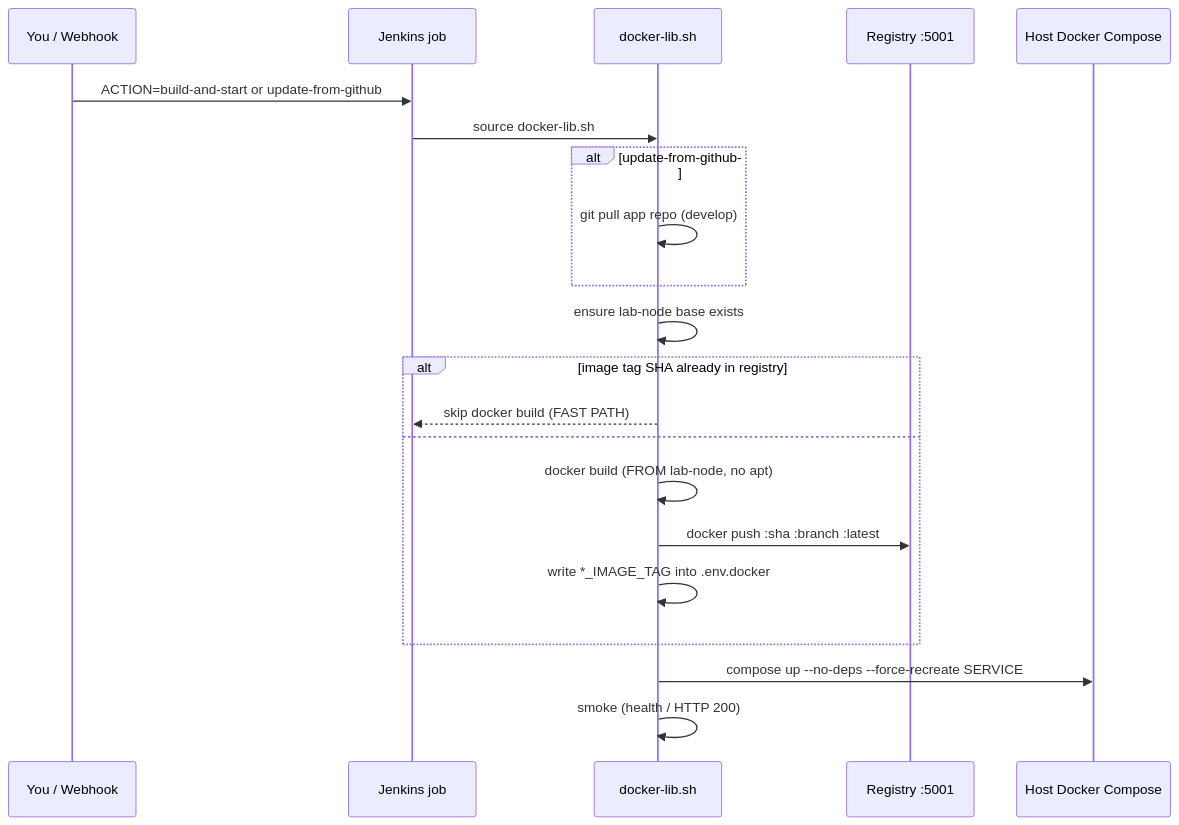
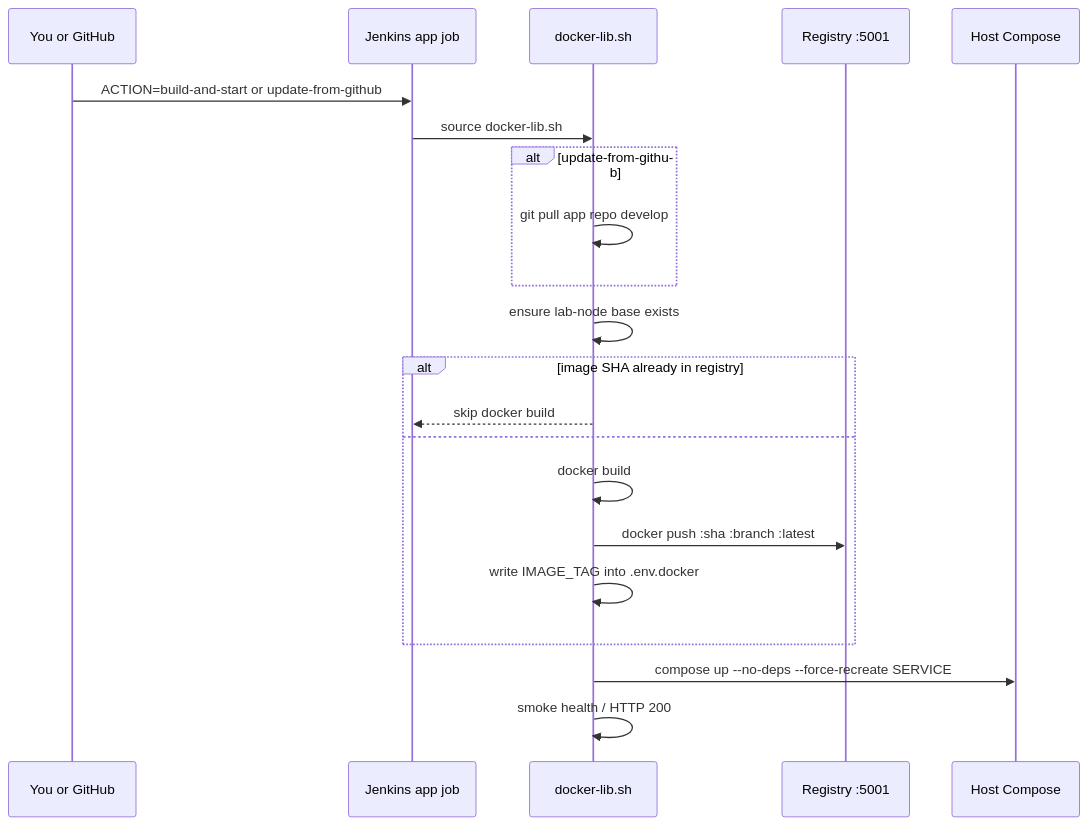
Before and after one commit to mikias1219/DevOps: the fourth of 5 diagrams in README.md, drawn with Mermaid. The commit also changed other lines of this file, not shown here.

````diff
--- a/README.md
+++ b/README.md
@@ -184,24 +170,24 @@
 ```mermaid
 sequenceDiagram
-  participant You as You / Webhook
-  participant J as Jenkins job
+  participant You as You or GitHub
+  participant J as Jenkins app job
   participant Lib as docker-lib.sh
   participant Reg as Registry :5001
-  participant Host as Host Docker Compose
+  participant Host as Host Compose
 
   You->>J: ACTION=build-and-start or update-from-github
   J->>Lib: source docker-lib.sh
   alt update-from-github
-    Lib->>Lib: git pull app repo (develop)
+    Lib->>Lib: git pull app repo develop
   end
   Lib->>Lib: ensure lab-node base exists
-  alt image tag SHA already in registry
-    Lib-->>J: skip docker build (FAST PATH)
+  alt image SHA already in registry
+    Lib-->>J: skip docker build
   else
-    Lib->>Lib: docker build (FROM lab-node, no apt)
+    Lib->>Lib: docker build
     Lib->>Reg: docker push :sha :branch :latest
-    Lib->>Lib: write *_IMAGE_TAG into .env.docker
+    Lib->>Lib: write IMAGE_TAG into .env.docker
   end
   Lib->>Host: compose up --no-deps --force-recreate SERVICE
-  Lib->>Lib: smoke (health / HTTP 200)
+  Lib->>Lib: smoke health / HTTP 200
 ```
````
